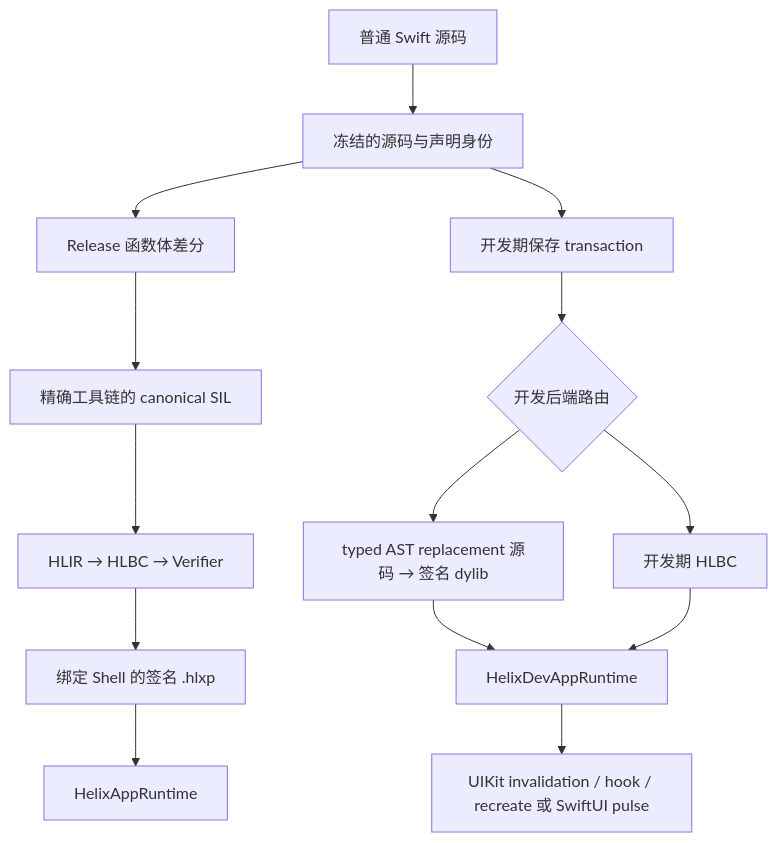
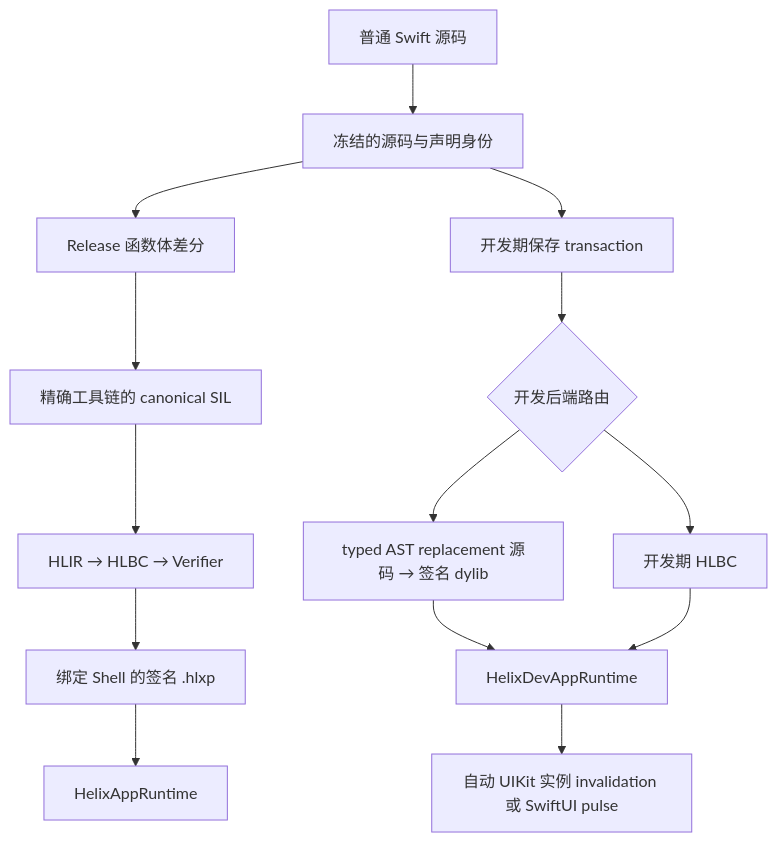
Before and after one commit to TangentW/Helix: the diagram in Docs/Architecture.zh-CN.md, drawn with Mermaid. The commit also changed other lines of this file and 78 other files, not shown here.

````diff
--- a/Docs/Architecture.zh-CN.md
+++ b/Docs/Architecture.zh-CN.md
@@ -18,18 +18,18 @@
 ```mermaid
 flowchart TB
     S["普通 Swift 源码"] --> I["冻结的源码与声明身份"]
     I --> R["Release 函数体差分"]
     I --> D["开发期保存 transaction"]
 
     R --> SIL1["精确工具链的 canonical SIL"]
     SIL1 --> HLBC["HLIR → HLBC → Verifier"]
     HLBC --> PKG["绑定 Shell 的签名 .hlxp"]
     PKG --> PR["HelixAppRuntime"]
 
     D --> ROUTE{"开发后端路由"}
     ROUTE --> NATIVE["typed AST replacement 源码 → 签名 dylib"]
     ROUTE --> DHLBC["开发期 HLBC"]
     NATIVE --> DR["HelixDevAppRuntime"]
     DHLBC --> DR
-    DR --> UI["UIKit invalidation / hook / recreate 或 SwiftUI pulse"]
+    DR --> UI["自动 UIKit 实例 invalidation 或 SwiftUI pulse"]
 ```
````
